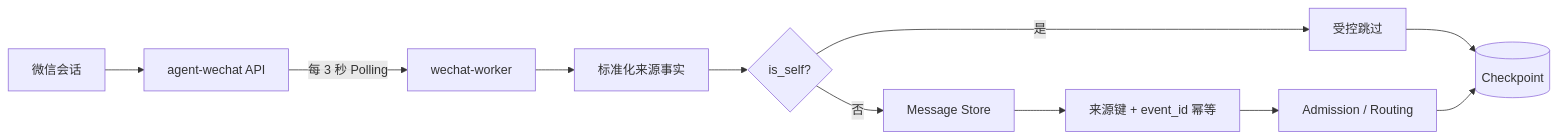
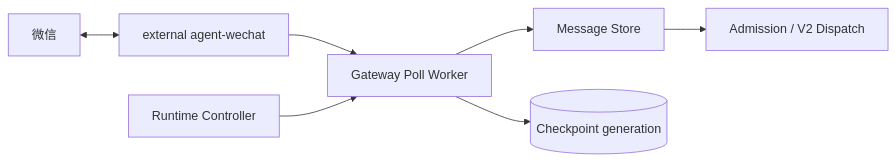
The diagram in architecture/wechat-runtime-design.md (Tangbohu09527/CF_ecommerce-automation-docs), drawn with Mermaid before and after one commit. The commit also changed other lines of this file and 17 other files, not shown here.

Commit message:
docs: align current architecture and component status

````diff
--- a/architecture/wechat-runtime-design.md
+++ b/architecture/wechat-runtime-design.md
@@ -17,13 +17,9 @@
 ```mermaid
 flowchart LR
-    WX["微信会话"] --> AW["agent-wechat API"]
-    AW -->|"每 3 秒 Polling"| WW["wechat-worker"]
-    WW --> N["标准化来源事实"]
-    N --> SELF{"is_self?"}
-    SELF -->|"是"| SKIP["受控跳过"]
-    SELF -->|"否"| MS["Message Store"]
-    MS --> IDEM["来源键 + event_id 幂等"]
-    IDEM --> AD["Admission / Routing"]
-    SKIP --> CP[("Checkpoint")]
-    AD --> CP
+    WX["微信"] <--> AW["external agent-wechat"]
+    AW --> PW["Gateway Poll Worker"]
+    PW --> MS["Message Store"]
+    PW --> CP[("Checkpoint generation")]
+    MS --> AD["Admission / V2 Dispatch"]
+    CTL["Runtime Controller"] --> PW
 ```
````
